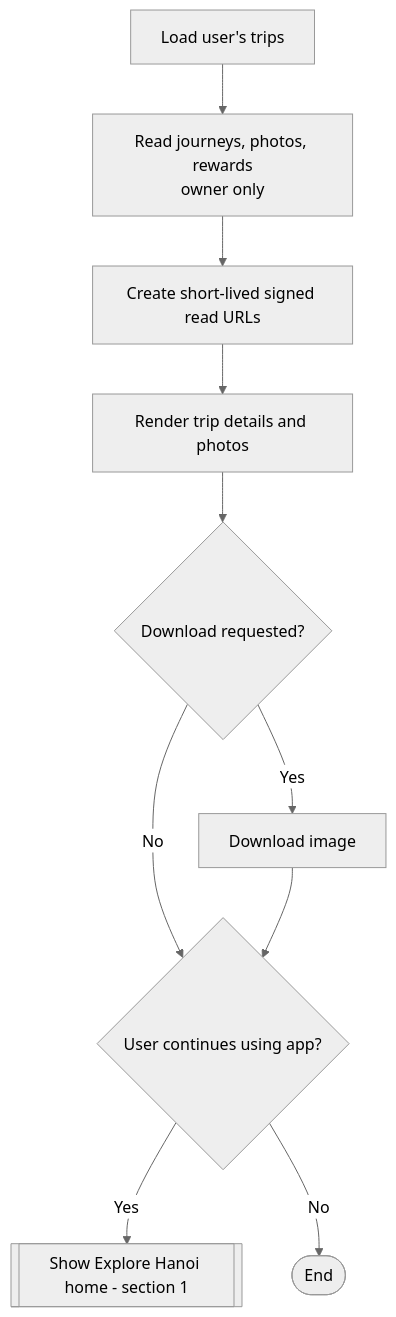
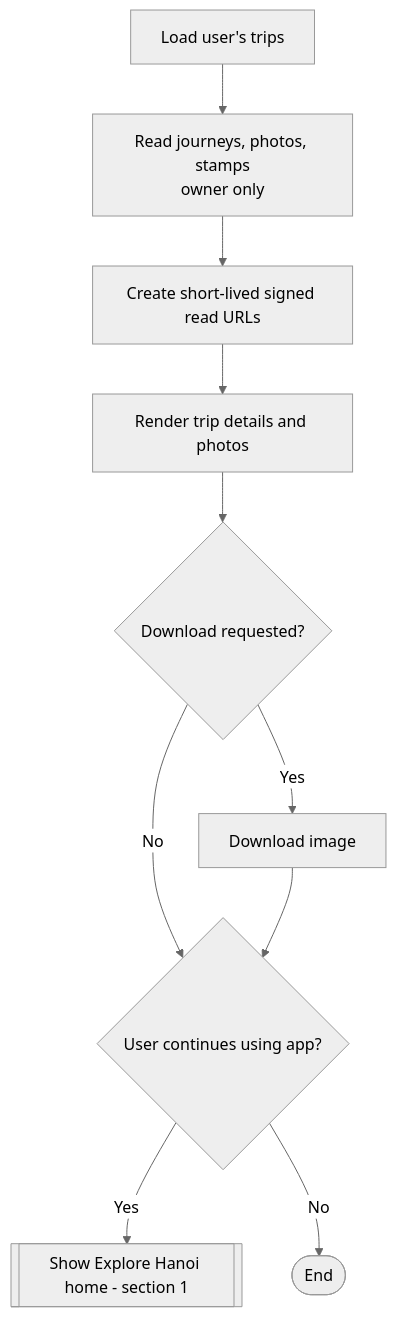
Before and after one commit to NMH1203/HanoiLens: the third of 3 diagrams in docs/flows/system-flow.md, drawn with Mermaid (neutral theme). The commit also changed other lines of this file and 24 other files, not shown here.

````diff
--- a/docs/flows/system-flow.md
+++ b/docs/flows/system-flow.md
@@ -125,12 +121,12 @@
 ```mermaid
 flowchart TD
-    TRIPS[Load user's trips] --> READ["Read journeys, photos, rewards<br/>owner only"]
+    TRIPS[Load user's trips] --> READ["Read journeys, photos, stamps<br/>owner only"]
     READ --> SIGN[Create short-lived signed read URLs]
     SIGN --> RENDER[Render trip details and photos]
     RENDER --> DL{Download requested?}
     DL -- Yes --> DOWNLOAD[Download image]
     DL -- No --> AGAIN{User continues using app?}
     DOWNLOAD --> AGAIN
     AGAIN -- Yes --> SHOWEX[[Show Explore Hanoi home - section 1]]
     AGAIN -- No --> FINISH([End])
 ```
````
